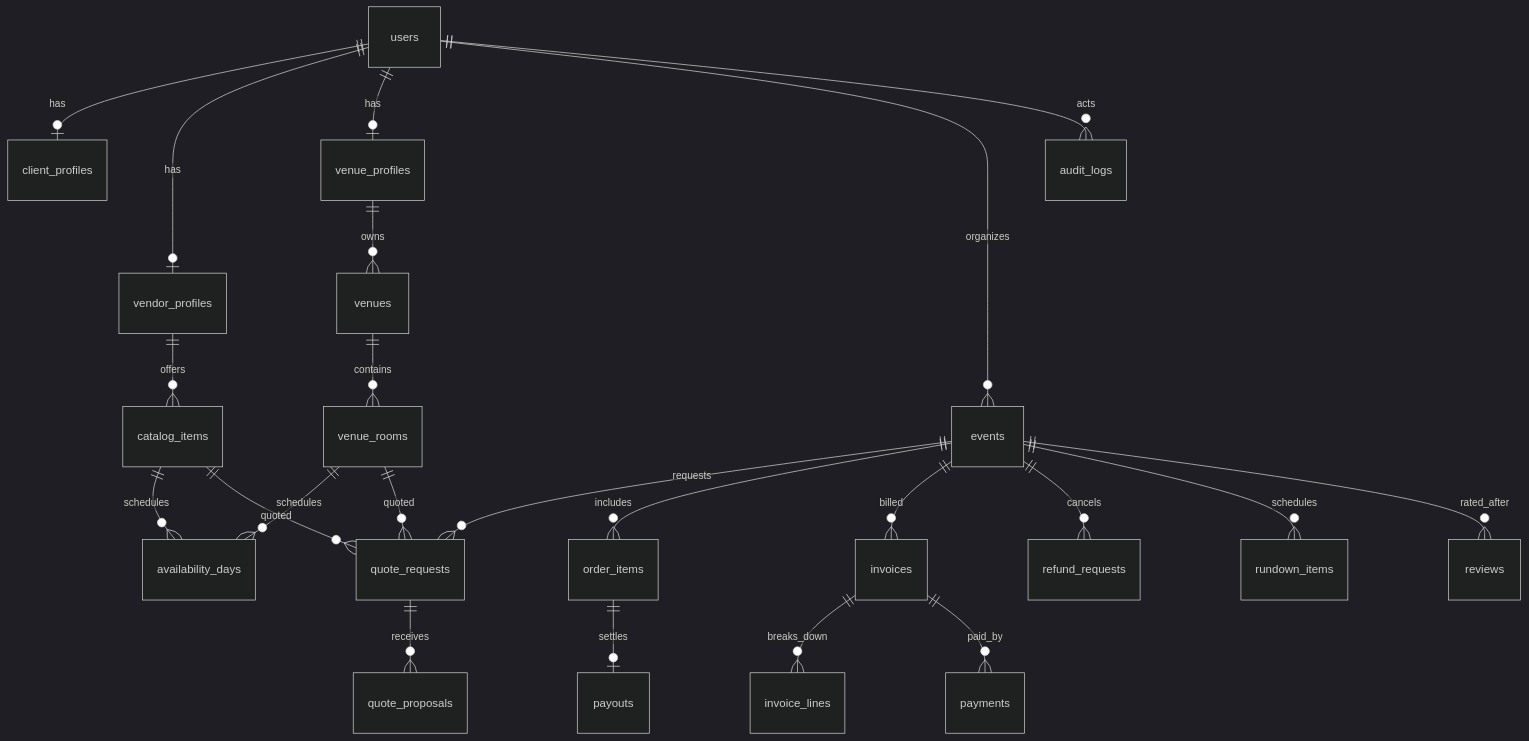
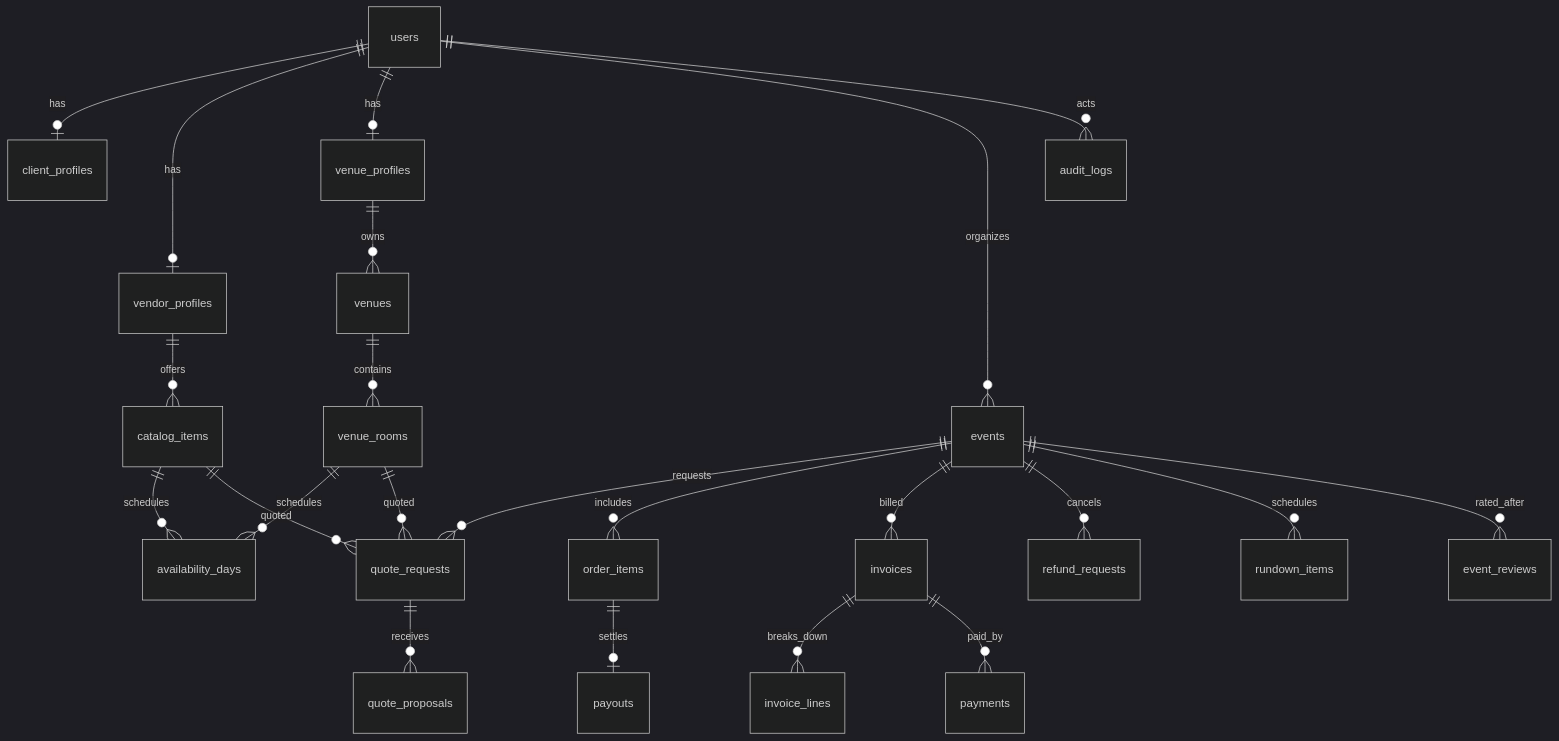
The diagram in docs/BACKEND_DATABASE_DESIGN.md (REFHANDA/pesta-kita), drawn with Mermaid (dark theme) before and after one commit. The commit also changed other lines of this file and 119 other files, not shown here.

````diff
--- a/docs/BACKEND_DATABASE_DESIGN.md
+++ b/docs/BACKEND_DATABASE_DESIGN.md
@@ -35,25 +35,25 @@
 ```mermaid
 erDiagram
     users ||--o| client_profiles : has
     users ||--o| vendor_profiles : has
     users ||--o| venue_profiles : has
     vendor_profiles ||--o{ catalog_items : offers
     venue_profiles ||--o{ venues : owns
     venues ||--o{ venue_rooms : contains
     catalog_items ||--o{ availability_days : schedules
     venue_rooms ||--o{ availability_days : schedules
     users ||--o{ events : organizes
     events ||--o{ quote_requests : requests
     catalog_items ||--o{ quote_requests : quoted
     venue_rooms ||--o{ quote_requests : quoted
     quote_requests ||--o{ quote_proposals : receives
     events ||--o{ order_items : includes
     order_items ||--o| payouts : settles
     events ||--o{ invoices : billed
     invoices ||--o{ invoice_lines : breaks_down
     invoices ||--o{ payments : paid_by
     events ||--o{ refund_requests : cancels
     events ||--o{ rundown_items : schedules
-    events ||--o{ reviews : rated_after
+    events ||--o{ event_reviews : rated_after
     users ||--o{ audit_logs : acts
 ```
````
